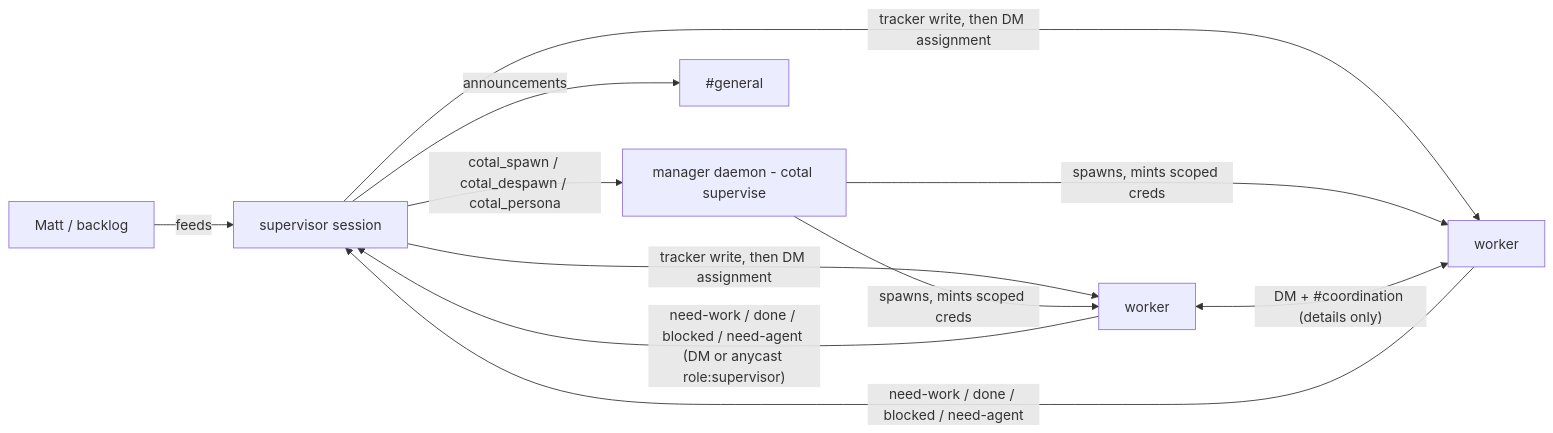
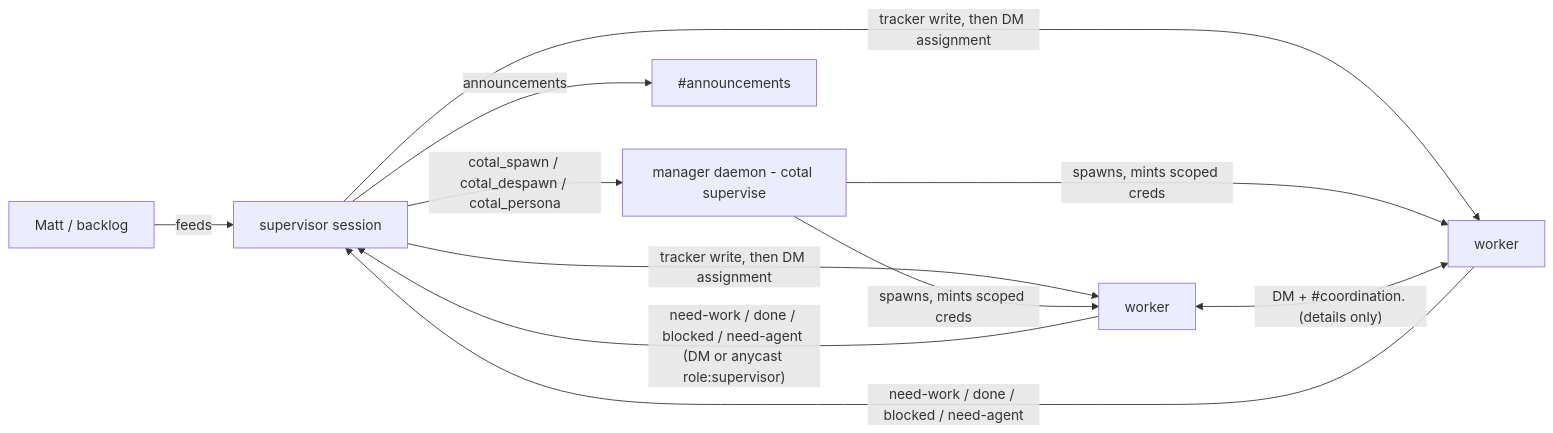
The diagram in docs/designs/agents/coordination-structure.md (mattwilkinsonn/zireael), drawn with Mermaid before and after one commit. The commit also changed other lines of this file, not shown here.

First line of the commit message:
docs(agents): announcements rename + per-issue coordination channels

````diff
--- a/docs/designs/agents/coordination-structure.md
+++ b/docs/designs/agents/coordination-structure.md
@@ -123,13 +125,13 @@
 ```mermaid
 flowchart LR
     M[Matt / backlog] -->|feeds| S
     S[supervisor session] -->|tracker write, then DM assignment| W1[worker]
     S -->|tracker write, then DM assignment| W2[worker]
     W1 -->|"need-work / done / blocked / need-agent (DM or anycast role:supervisor)"| S
     W2 -->|"need-work / done / blocked / need-agent"| S
     S -->|cotal_spawn / cotal_despawn / cotal_persona| MGR[manager daemon - cotal supervise]
     MGR -->|spawns, mints scoped creds| W1
     MGR -->|spawns, mints scoped creds| W2
-    W1 <-->|"DM + #coordination (details only)"| W2
-    S -->|announcements| G[#general]
+    W1 <-->|"DM + #coordination.<issue> (details only)"| W2
+    S -->|announcements| G[#announcements]
 ```
````
